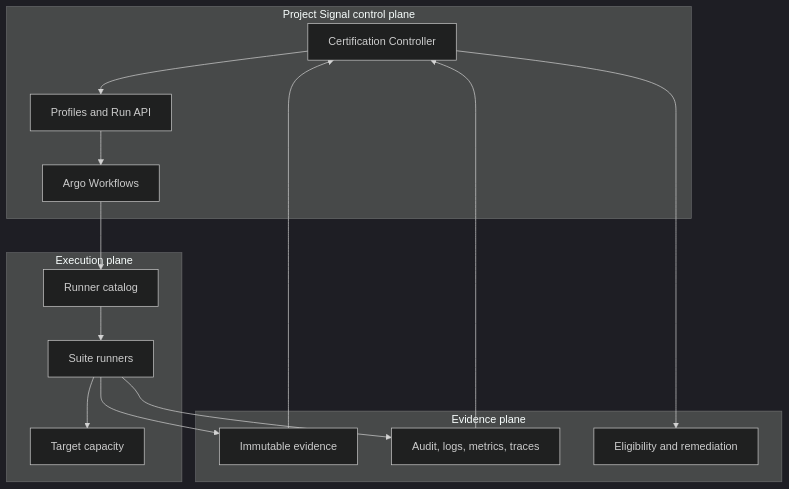
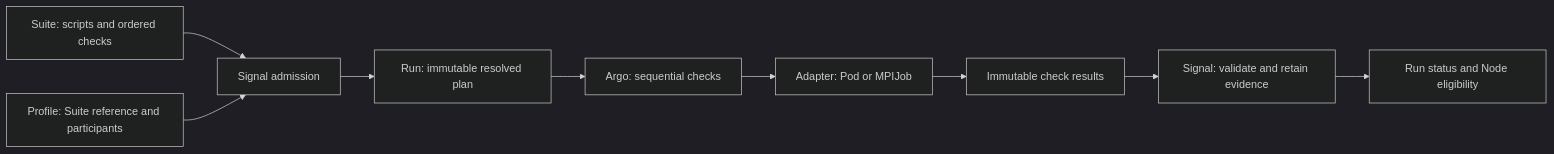
The diagram in designs/certification-controller.md (Azure/unbounded), drawn with Mermaid (dark theme) before and after one commit. The commit also changed other lines of this file, not shown here.

Commit message:
docs(signal): align design with current certification stack

````diff
--- a/designs/certification-controller.md
+++ b/designs/certification-controller.md
@@ -99,25 +44,11 @@
 ```mermaid
-flowchart TB
-    subgraph Control["Project Signal control plane"]
-        Controller["Certification Controller"]
-        API["Profiles and Run API"]
-        Workflow["Argo Workflows"]
-    end
-    subgraph Execution["Execution plane"]
-        Catalog["Runner catalog"]
-        Suites["Suite runners"]
-        Targets["Target capacity"]
-    end
-    subgraph Evidence["Evidence plane"]
-        Store["Immutable evidence"]
-        Observe["Audit, logs, metrics, traces"]
-        State["Eligibility and remediation"]
-    end
-    Controller --> API --> Workflow
-    Workflow --> Catalog --> Suites --> Targets
-    Suites --> Store
-    Suites --> Observe
-    Controller --> State
-    Store --> Controller
-    Observe --> Controller
+flowchart LR
+    Suite["Suite: scripts and ordered checks"] --> Resolve["Signal admission"]
+    Profile["Profile: Suite reference and participants"] --> Resolve
+    Resolve --> Run["Run: immutable resolved plan"]
+    Run --> Workflow["Argo: sequential checks"]
+    Workflow --> Adapter["Adapter: Pod or MPIJob"]
+    Adapter --> Results["Immutable check results"]
+    Results --> Controller["Signal: validate and retain evidence"]
+    Controller --> State["Run status and Node eligibility"]
 ```
````
